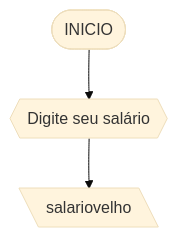
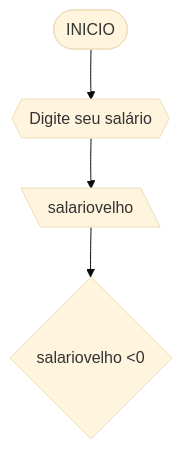
The second of 4 diagrams in codigos.md (MozillaFirefox/UNIFOR), drawn with Mermaid (base theme) before and after one commit.

````diff
--- a/codigos.md
+++ b/codigos.md
@@ -61,6 +61,7 @@
 ```mermaid
 flowchart TD
 A([INICIO]) --> B{{Digite seu salário}}
 B --> C[\salariovelho\]
+C --> D{salariovelho <0}
 
 ```
````
